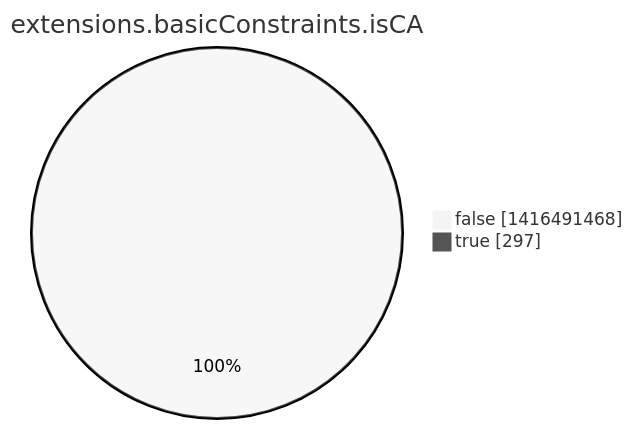
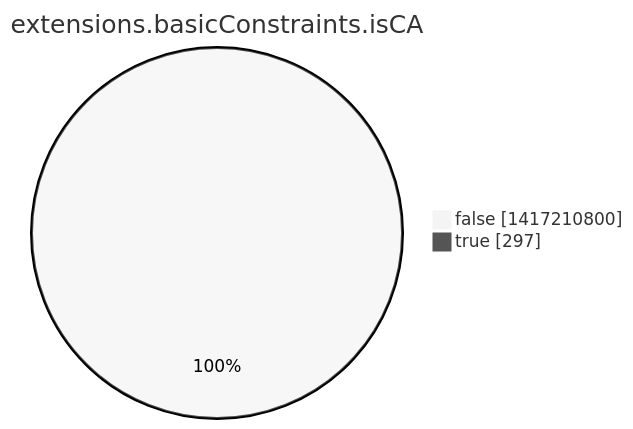
Before and after one commit to christiankrug/ctmonitor_visualization: the eighth of 15 diagrams in argon2022/README.md, drawn with Mermaid (neutral theme). The commit also changed other lines of this file, not shown here.

````diff
--- a/argon2022/README.md
+++ b/argon2022/README.md
@@ -2760,6 +2760,6 @@
 ```mermaid
 pie showData
 title extensions.basicConstraints.isCA
-"false" :1416491468
+"false" :1417210800
 "true" :297
 ```
````
